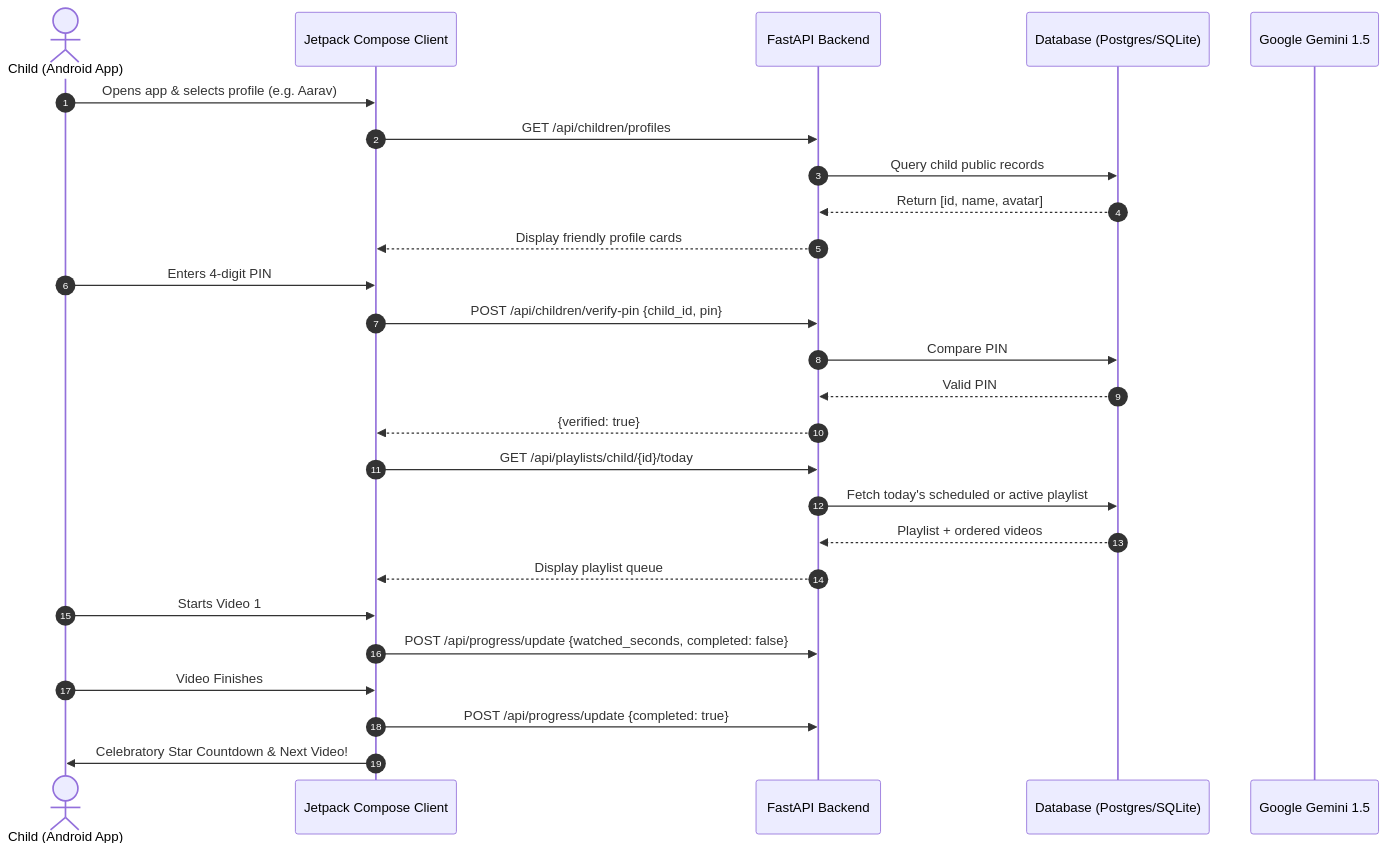
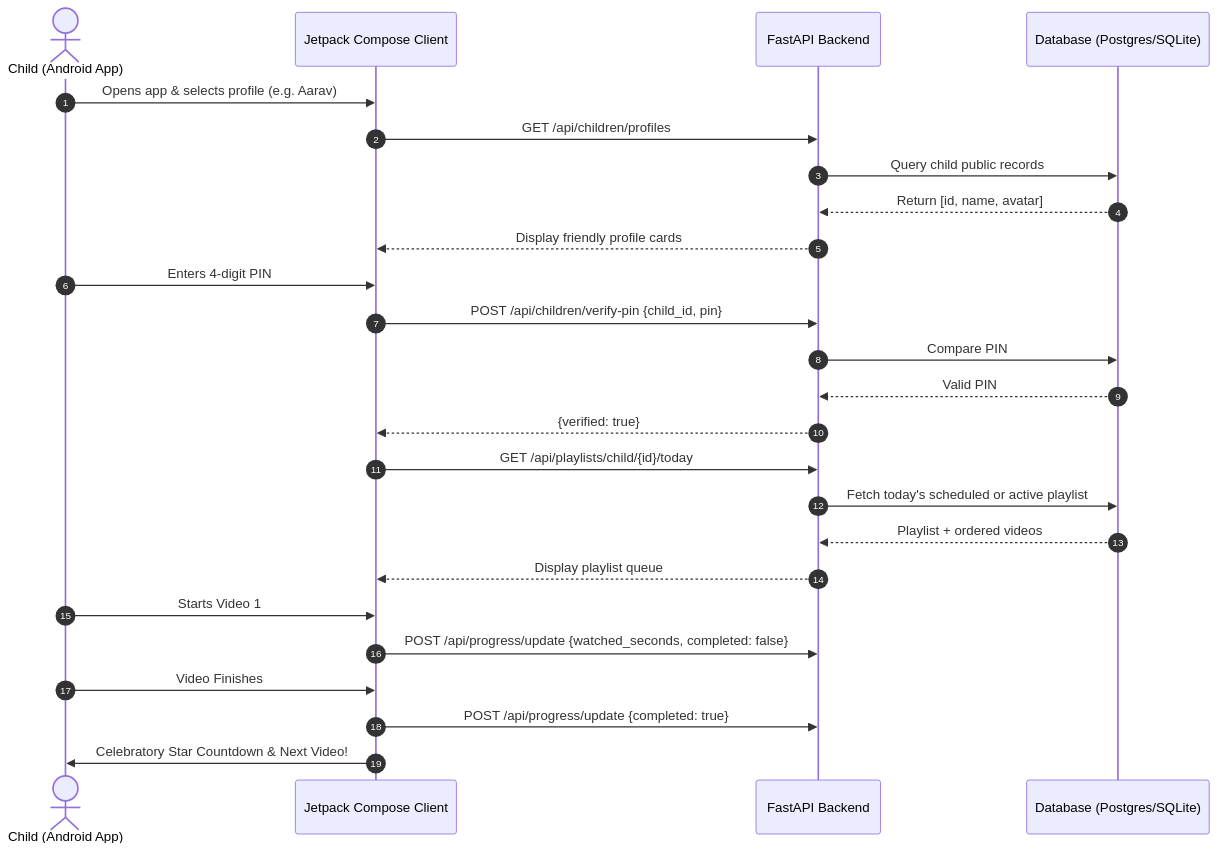
The first of 3 diagrams in PROJECT_OVERVIEW.md (Sriramchara/kidcurate), drawn with Mermaid before and after one commit. The commit also changed other lines of this file and 48 other files, not shown here.

````diff
--- a/PROJECT_OVERVIEW.md
+++ b/PROJECT_OVERVIEW.md
@@ -55,33 +49,32 @@
 ```mermaid
 sequenceDiagram
     autonumber
     actor Kid as Child (Android App)
     participant Android as Jetpack Compose Client
     participant API as FastAPI Backend
     participant DB as Database (Postgres/SQLite)
-    participant Gemini as Google Gemini 1.5
 
     Kid->>Android: Opens app & selects profile (e.g. Aarav)
     Android->>API: GET /api/children/profiles
     API->>DB: Query child public records
     DB-->>API: Return [id, name, avatar]
     API-->>Android: Display friendly profile cards
 
     Kid->>Android: Enters 4-digit PIN
     Android->>API: POST /api/children/verify-pin {child_id, pin}
     API->>DB: Compare PIN
     DB-->>API: Valid PIN
     API-->>Android: {verified: true}
 
     Android->>API: GET /api/playlists/child/{id}/today
     API->>DB: Fetch today's scheduled or active playlist
     DB-->>API: Playlist + ordered videos
     API-->>Android: Display playlist queue
 
     Kid->>Android: Starts Video 1
     Android->>API: POST /api/progress/update {watched_seconds, completed: false}
     
     Kid->>Android: Video Finishes
     Android->>API: POST /api/progress/update {completed: true}
     Android->>Kid: Celebratory Star Countdown & Next Video!
 ```
````
